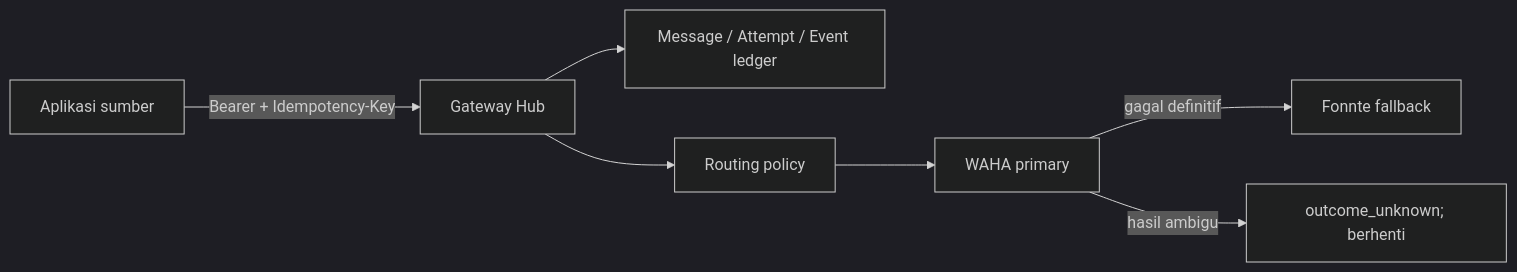
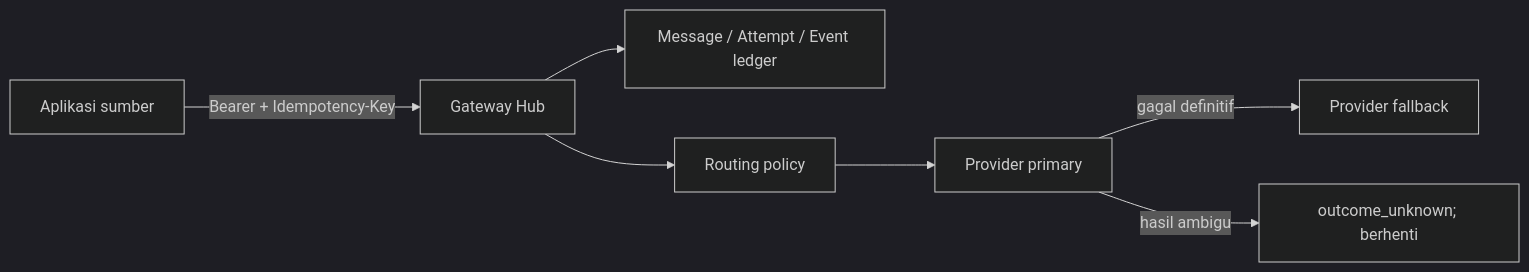
Before and after one commit to kungfufafa/wag-hub: the diagram in README.md, drawn with Mermaid (dark theme). The commit also changed other lines of this file and 9 other files, not shown here.

````diff
--- a/README.md
+++ b/README.md
@@ -20,9 +20,9 @@
 ```mermaid
 flowchart LR
     A["Aplikasi sumber"] -->|"Bearer + Idempotency-Key"| H["Gateway Hub"]
     H --> L["Message / Attempt / Event ledger"]
     H --> R["Routing policy"]
-    R --> W["WAHA primary"]
-    W -->|"gagal definitif"| F["Fonnte fallback"]
+    R --> W["Provider primary"]
+    W -->|"gagal definitif"| F["Provider fallback"]
     W -->|"hasil ambigu"| U["outcome_unknown; berhenti"]
 ```
````
